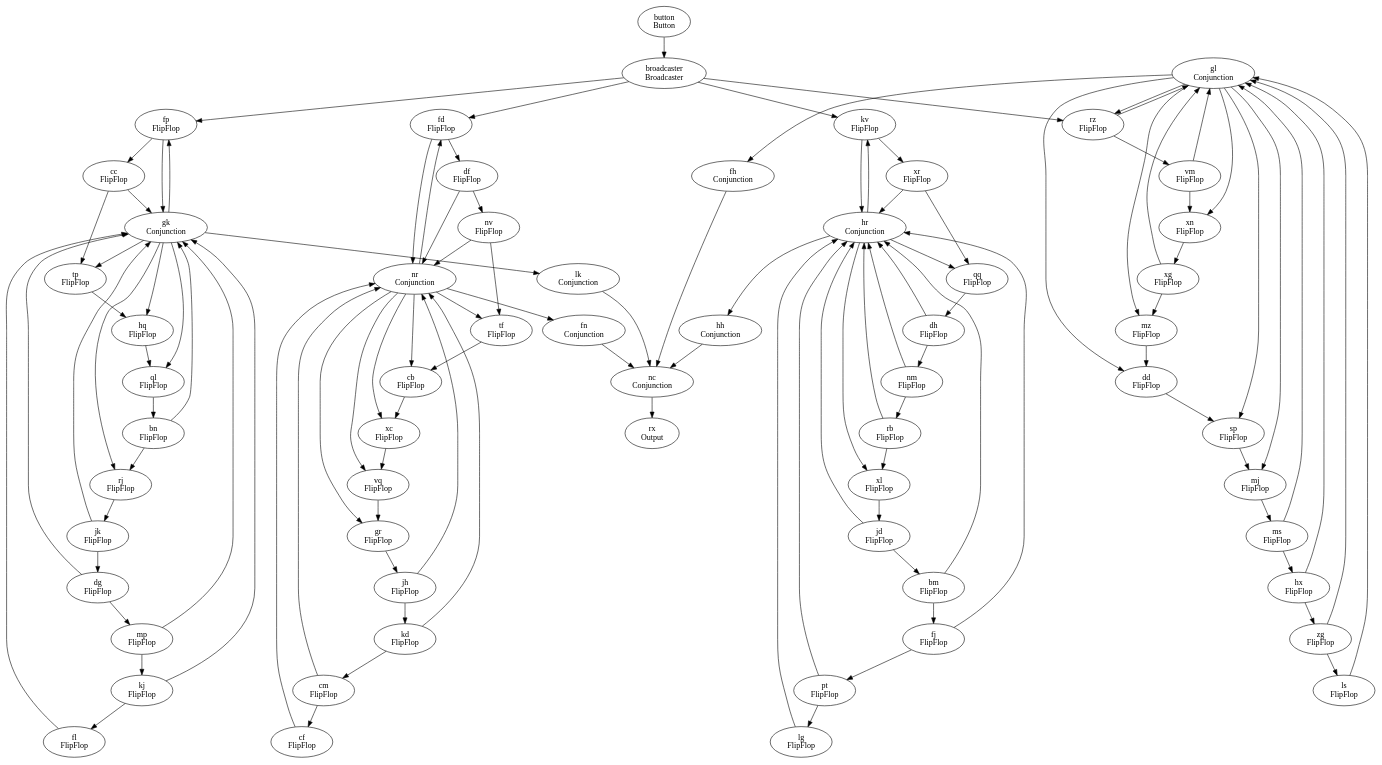
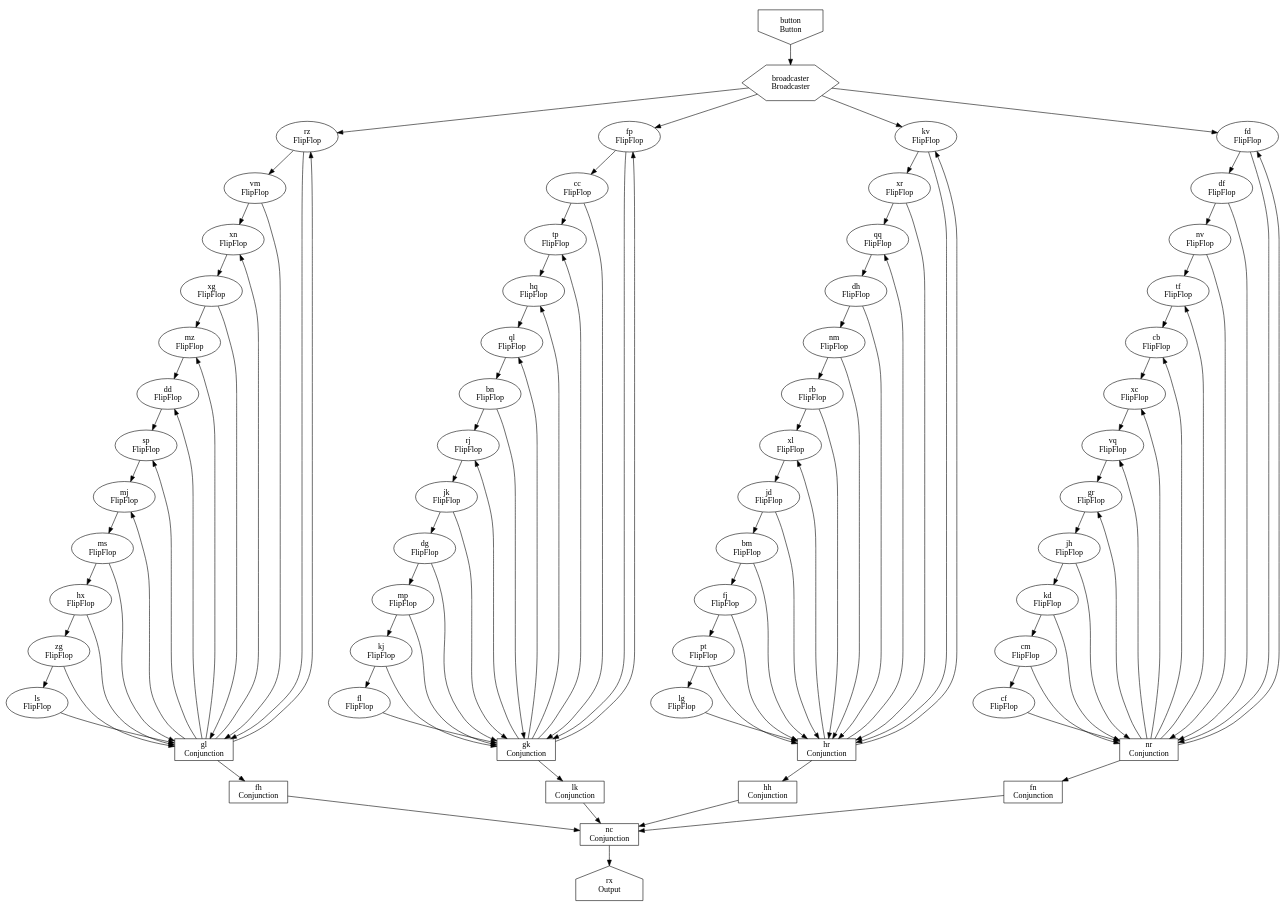
One commit to andywarduk/aoc2023 changed the diagram in vis/day20.dot. Above: the diagram before and after it, drawn with Graphviz. The commit also changed 3 other files, not shown here.

```diff
--- a/vis/day20.dot
+++ b/vis/day20.dot
@@ -1,172 +1,180 @@
 digraph {
-kv [label="kv\nFlipFlop"]
-dd [label="dd\nFlipFlop"]
-vq [label="vq\nFlipFlop"]
-hx [label="hx\nFlipFlop"]
-hr [label="hr\nConjunction"]
-fj [label="fj\nFlipFlop"]
-fd [label="fd\nFlipFlop"]
-bn [label="bn\nFlipFlop"]
-tf [label="tf\nFlipFlop"]
-vm [label="vm\nFlipFlop"]
-jh [label="jh\nFlipFlop"]
-lg [label="lg\nFlipFlop"]
-ql [label="ql\nFlipFlop"]
-bm [label="bm\nFlipFlop"]
-jd [label="jd\nFlipFlop"]
-xr [label="xr\nFlipFlop"]
-kj [label="kj\nFlipFlop"]
-cm [label="cm\nFlipFlop"]
-fh [label="fh\nConjunction"]
-gk [label="gk\nConjunction"]
-fn [label="fn\nConjunction"]
-sp [label="sp\nFlipFlop"]
-jk [label="jk\nFlipFlop"]
-lk [label="lk\nConjunction"]
-broadcaster [label="broadcaster\nBroadcaster"]
-mp [label="mp\nFlipFlop"]
-fl [label="fl\nFlipFlop"]
-zg [label="zg\nFlipFlop"]
-hh [label="hh\nConjunction"]
-fp [label="fp\nFlipFlop"]
-xg [label="xg\nFlipFlop"]
-rx [label="rx\nOutput"]
-pt [label="pt\nFlipFlop"]
-hq [label="hq\nFlipFlop"]
-mz [label="mz\nFlipFlop"]
-nv [label="nv\nFlipFlop"]
-dh [label="dh\nFlipFlop"]
-ms [label="ms\nFlipFlop"]
-rj [label="rj\nFlipFlop"]
-rz [label="rz\nFlipFlop"]
-gl [label="gl\nConjunction"]
-rb [label="rb\nFlipFlop"]
-gr [label="gr\nFlipFlop"]
-cc [label="cc\nFlipFlop"]
-cb [label="cb\nFlipFlop"]
-ls [label="ls\nFlipFlop"]
-kd [label="kd\nFlipFlop"]
-nc [label="nc\nConjunction"]
-dg [label="dg\nFlipFlop"]
-tp [label="tp\nFlipFlop"]
-nr [label="nr\nConjunction"]
-mj [label="mj\nFlipFlop"]
-xn [label="xn\nFlipFlop"]
-nm [label="nm\nFlipFlop"]
-xl [label="xl\nFlipFlop"]
-button [label="button\nButton"]
-xc [label="xc\nFlipFlop"]
-df [label="df\nFlipFlop"]
-cf [label="cf\nFlipFlop"]
-qq [label="qq\nFlipFlop"]
+subgraph {
+button [label="button\nButton" shape="invhouse"];
+broadcaster [label="broadcaster\nBroadcaster" shape="hexagon"];
+}
+subgraph {
+ls [label="ls\nFlipFlop" shape="oval"];
+rz [label="rz\nFlipFlop" shape="oval"];
+ql [label="ql\nFlipFlop" shape="oval"];
+bm [label="bm\nFlipFlop" shape="oval"];
+fp [label="fp\nFlipFlop" shape="oval"];
+xg [label="xg\nFlipFlop" shape="oval"];
+dg [label="dg\nFlipFlop" shape="oval"];
+zg [label="zg\nFlipFlop" shape="oval"];
+lg [label="lg\nFlipFlop" shape="oval"];
+pt [label="pt\nFlipFlop" shape="oval"];
+sp [label="sp\nFlipFlop" shape="oval"];
+ms [label="ms\nFlipFlop" shape="oval"];
+kj [label="kj\nFlipFlop" shape="oval"];
+bn [label="bn\nFlipFlop" shape="oval"];
+xc [label="xc\nFlipFlop" shape="oval"];
+fl [label="fl\nFlipFlop" shape="oval"];
+dh [label="dh\nFlipFlop" shape="oval"];
+jk [label="jk\nFlipFlop" shape="oval"];
+tf [label="tf\nFlipFlop" shape="oval"];
+kd [label="kd\nFlipFlop" shape="oval"];
+kv [label="kv\nFlipFlop" shape="oval"];
+hq [label="hq\nFlipFlop" shape="oval"];
+vm [label="vm\nFlipFlop" shape="oval"];
+jh [label="jh\nFlipFlop" shape="oval"];
+mz [label="mz\nFlipFlop" shape="oval"];
+tp [label="tp\nFlipFlop" shape="oval"];
+cf [label="cf\nFlipFlop" shape="oval"];
+gr [label="gr\nFlipFlop" shape="oval"];
+jd [label="jd\nFlipFlop" shape="oval"];
+xr [label="xr\nFlipFlop" shape="oval"];
+cm [label="cm\nFlipFlop" shape="oval"];
+rb [label="rb\nFlipFlop" shape="oval"];
+mp [label="mp\nFlipFlop" shape="oval"];
+rj [label="rj\nFlipFlop" shape="oval"];
+fd [label="fd\nFlipFlop" shape="oval"];
+fj [label="fj\nFlipFlop" shape="oval"];
+qq [label="qq\nFlipFlop" shape="oval"];
+df [label="df\nFlipFlop" shape="oval"];
+mj [label="mj\nFlipFlop" shape="oval"];
+xn [label="xn\nFlipFlop" shape="oval"];
+cc [label="cc\nFlipFlop" shape="oval"];
+nm [label="nm\nFlipFlop" shape="oval"];
+dd [label="dd\nFlipFlop" shape="oval"];
+vq [label="vq\nFlipFlop" shape="oval"];
+cb [label="cb\nFlipFlop" shape="oval"];
+nv [label="nv\nFlipFlop" shape="oval"];
+xl [label="xl\nFlipFlop" shape="oval"];
+hx [label="hx\nFlipFlop" shape="oval"];
+}
+subgraph {
+lk [label="lk\nConjunction" shape="box"];
+hr [label="hr\nConjunction" shape="box"];
+fn [label="fn\nConjunction" shape="box"];
+fh [label="fh\nConjunction" shape="box"];
+nc [label="nc\nConjunction" shape="box"];
+nr [label="nr\nConjunction" shape="box"];
+gl [label="gl\nConjunction" shape="box"];
+hh [label="hh\nConjunction" shape="box"];
+gk [label="gk\nConjunction" shape="box"];
+}
+subgraph {
+rx [label="rx\nOutput" shape="house"];
+}
 ls -> gl
 rz -> vm
 rz -> gl
 broadcaster -> rz
 broadcaster -> fp
 broadcaster -> kv
 broadcaster -> fd
 ql -> bn
 bm -> hr
 bm -> fj
 fp -> cc
 fp -> gk
 lk -> nc
 xg -> gl
 xg -> mz
 dg -> gk
 dg -> mp
 zg -> ls
 zg -> gl
 lg -> hr
 pt -> lg
 pt -> hr
 sp -> mj
 ms -> gl
 ms -> hx
 kj -> fl
 kj -> gk
 bn -> rj
 bn -> gk
 xc -> vq
 fl -> gk
 dh -> hr
 dh -> nm
 jk -> gk
 jk -> dg
 tf -> cb
 kd -> cm
 kd -> nr
 hr -> hh
 hr -> kv
 hr -> xl
 hr -> qq
 kv -> xr
 kv -> hr
 hq -> ql
 fn -> nc
 vm -> gl
 vm -> xn
 jh -> nr
 jh -> kd
 mz -> dd
 tp -> hq
 cf -> nr
 gr -> jh
 jd -> hr
 jd -> bm
 xr -> qq
 xr -> hr
 cm -> nr
 cm -> cf
 fh -> nc
 rb -> xl
 rb -> hr
 nc -> rx
 mp -> gk
 mp -> kj
 nr -> fd
 nr -> gr
 nr -> fn
 nr -> cb
 nr -> tf
 nr -> xc
 nr -> vq
 gl -> fh
 gl -> xn
 gl -> sp
 gl -> mz
 gl -> rz
 gl -> mj
 gl -> dd
 rj -> jk
 hh -> nc
 fd -> nr
 fd -> df
 gk -> lk
 gk -> tp
 gk -> fp
 gk -> ql
 gk -> hq
 gk -> rj
 fj -> pt
 fj -> hr
 qq -> dh
 df -> nr
 df -> nv
 mj -> ms
 xn -> xg
 cc -> gk
 cc -> tp
 nm -> rb
 nm -> hr
 dd -> sp
 vq -> gr
 cb -> xc
 nv -> tf
 nv -> nr
 xl -> jd
 hx -> gl
 hx -> zg
 button -> broadcaster
 }
```
